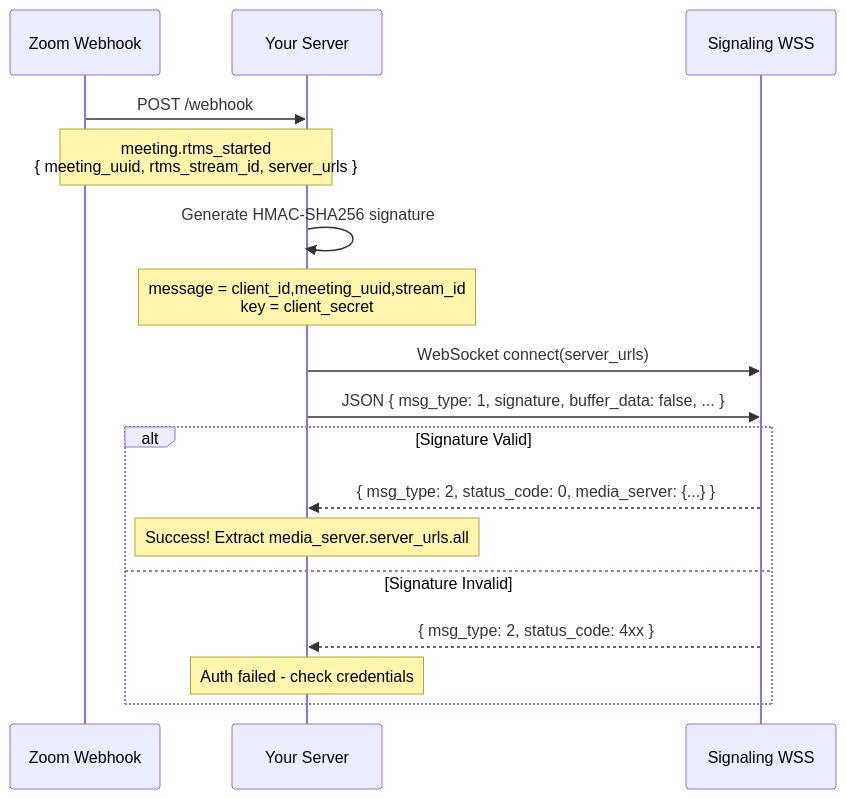
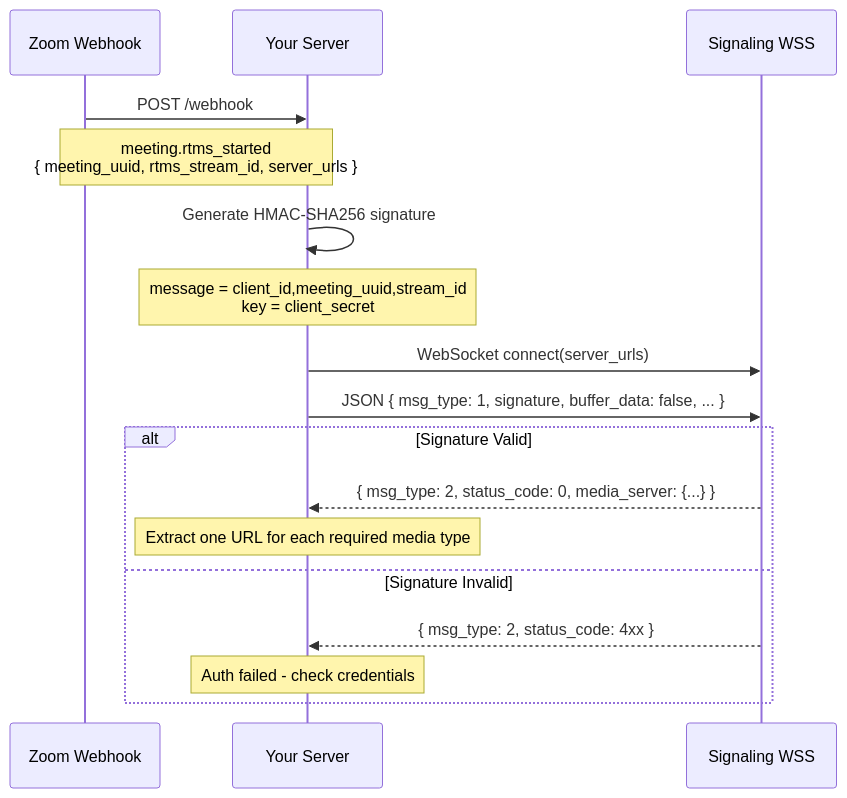
Before and after one commit to gengtang26/rtms-samples: the second of 5 diagrams in ARCHITECTURE.md, drawn with Mermaid. The commit also changed other lines of this file and 140 other files, not shown here.

````diff
--- a/ARCHITECTURE.md
+++ b/ARCHITECTURE.md
@@ -80,23 +80,23 @@
 ```mermaid
 sequenceDiagram
     participant Zoom as Zoom Webhook
     participant Server as Your Server
     participant Sig as Signaling WSS
 
     Zoom->>Server: POST /webhook
     Note over Zoom,Server: meeting.rtms_started<br/>{ meeting_uuid, rtms_stream_id, server_urls }
 
     Server->>Server: Generate HMAC-SHA256 signature
     Note over Server: message = client_id,meeting_uuid,stream_id<br/>key = client_secret
 
     Server->>Sig: WebSocket connect(server_urls)
     Server->>Sig: JSON { msg_type: 1, signature, buffer_data: false, ... }
     
     alt Signature Valid
         Sig-->>Server: { msg_type: 2, status_code: 0, media_server: {...} }
-        Note over Server: Success! Extract media_server.server_urls.all
+        Note over Server: Extract one URL for each required media type
     else Signature Invalid
         Sig-->>Server: { msg_type: 2, status_code: 4xx }
         Note over Server: Auth failed - check credentials
     end
 ```
````
